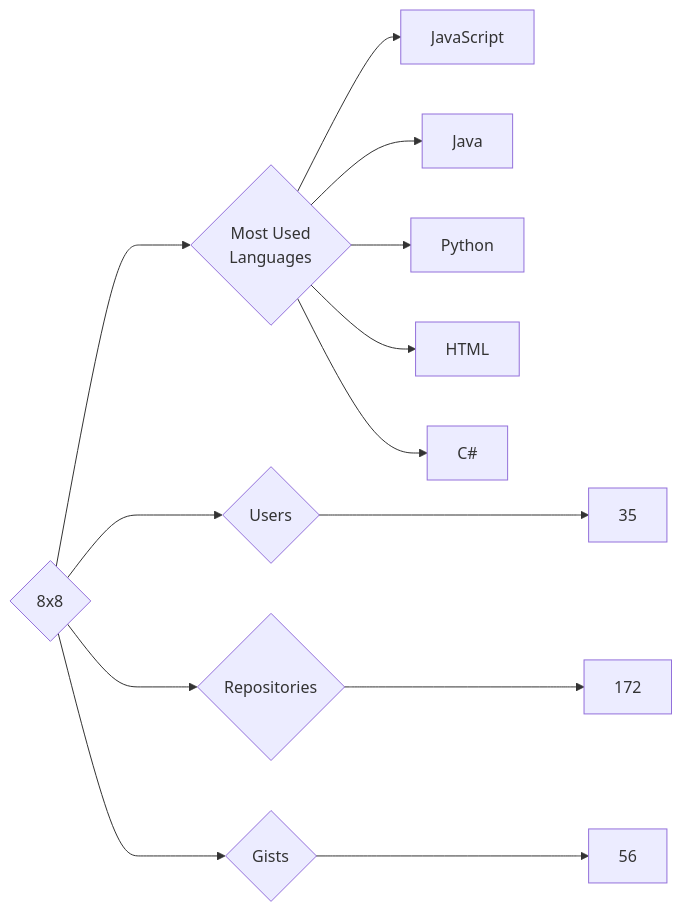
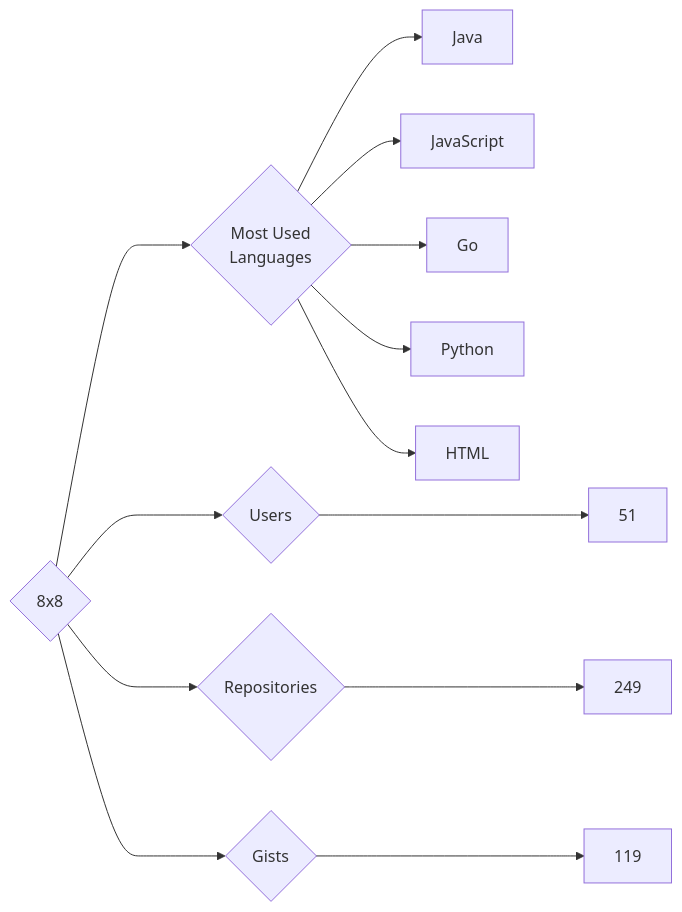
Before and after one commit to trickest/insiders: the diagram in targets/8x8/README.md, drawn with Mermaid. The commit also changed 757 other files, not shown here.

````diff
--- a/targets/8x8/README.md
+++ b/targets/8x8/README.md
@@ -3,13 +3,13 @@
 ```mermaid
 graph LR
 COMPANY_NAME{8x8}
-COMPANY_NAME ---> U{Users} ---> UN[35]
-COMPANY_NAME ---> R{Repositories} ---> RN[172]
-COMPANY_NAME ---> G{Gists} ---> GN[56]
+COMPANY_NAME ---> U{Users} ---> UN[51]
+COMPANY_NAME ---> R{Repositories} ---> RN[249]
+COMPANY_NAME ---> G{Gists} ---> GN[119]
 COMPANY_NAME ---> ML{Most Used<br>Languages}
+ML --> Java[Java]
 ML --> JavaScript[JavaScript]
-ML --> Java[Java]
+ML --> Go[Go]
 ML --> Python[Python]
 ML --> HTML[HTML]
-ML --> C#[C#]
 ```
````
